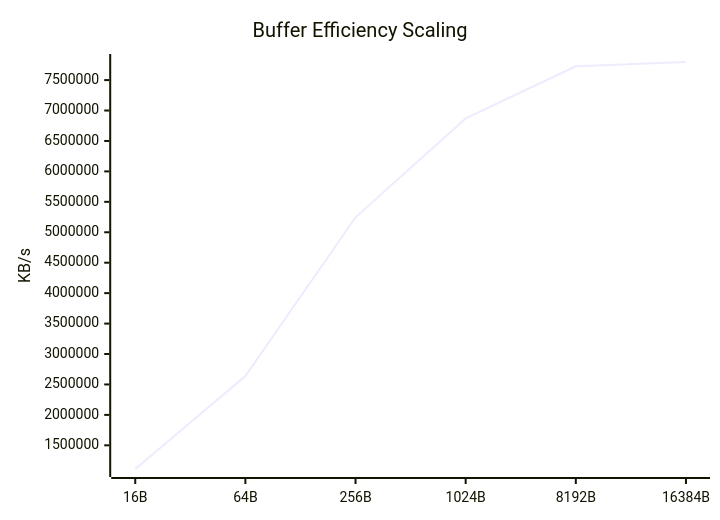
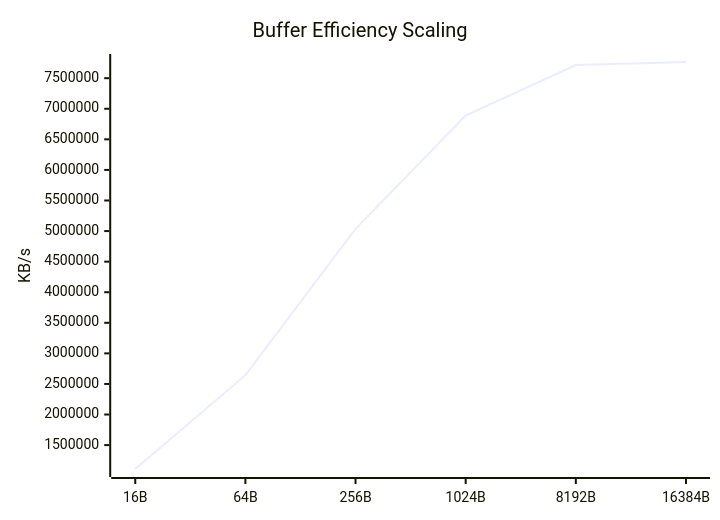
Before and after one commit to taha2samy/openssl_fips: the eighth of 9 diagrams in docs/Comparison_Report.md, drawn with Mermaid. The commit also changed other lines of this file and 2 other files, not shown here.

````diff
--- a/docs/Comparison_Report.md
+++ b/docs/Comparison_Report.md
@@ -118,7 +118,7 @@
 ```mermaid
 xychart-beta
     title "Buffer Efficiency Scaling"
     x-axis [16B, 64B, 256B, 1024B, 8192B, 16384B]
     y-axis "KB/s"
-    line [1111051.98, 2637326.18, 5245968.26, 6869898.75, 7725973.5, 7797096.45]
+    line [1109024.62, 2643593.22, 5035154.43, 6890158.59, 7714525.18, 7764844.54]
 ```
````
